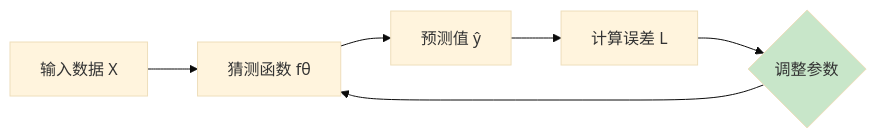
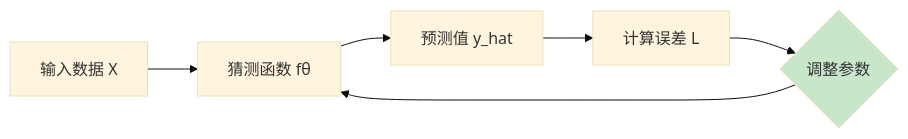
The second of 3 diagrams in docs/01-basics.md (doge-liang/from-function-to-transformer), drawn with Mermaid (base theme) before and after one commit. The commit also changed 3 other files, not shown here.

First line of the commit message:
Fix mermaid special characters

````diff
--- a/docs/01-basics.md
+++ b/docs/01-basics.md
@@ -61,9 +61,9 @@
 ```mermaid
 flowchart LR
     A[输入数据 X] --> B[猜测函数 fθ]
-    B --> C[预测值 ŷ]
+    B --> C[预测值 y_hat]
     C --> D[计算误差 L]
     D --> E{调整参数}
     E --> B
     style E fill:#c8e6c9
 ```
````
